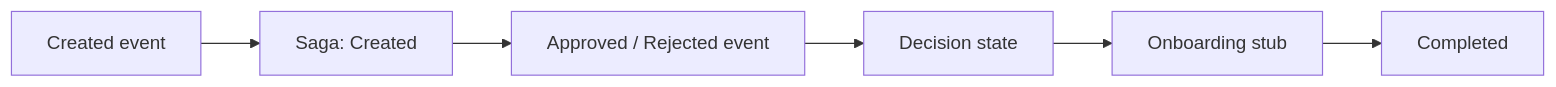
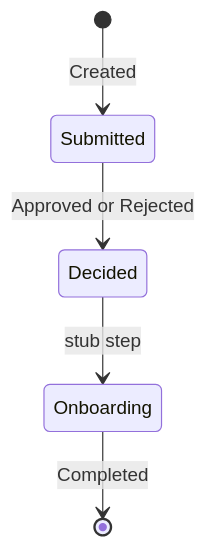
The first of 2 diagrams in docs/learning/en/15-saga.md (fdeniz07/BankApp), drawn with Mermaid before and after one commit. The commit also changed other lines of this file and 105 other files, not shown here.

First line of the commit message:
doc: Enrich learning chapters with labs, pitfalls, and safe Mermaid

````diff
--- a/docs/learning/en/15-saga.md
+++ b/docs/learning/en/15-saga.md
@@ -10,8 +13,7 @@
 ```mermaid
-flowchart LR
-  E1[Created event] --> S1[Saga: Created]
-  S1 --> E2[Approved / Rejected event]
-  E2 --> S2[Decision state]
-  S2 --> O[Onboarding stub]
-  O --> Done[Completed]
+stateDiagram-v2
+  [*] --> Submitted: Created
+  Submitted --> Decided: Approved or Rejected
+  Decided --> Onboarding: stub step
+  Onboarding --> [*]: Completed
 ```
````
